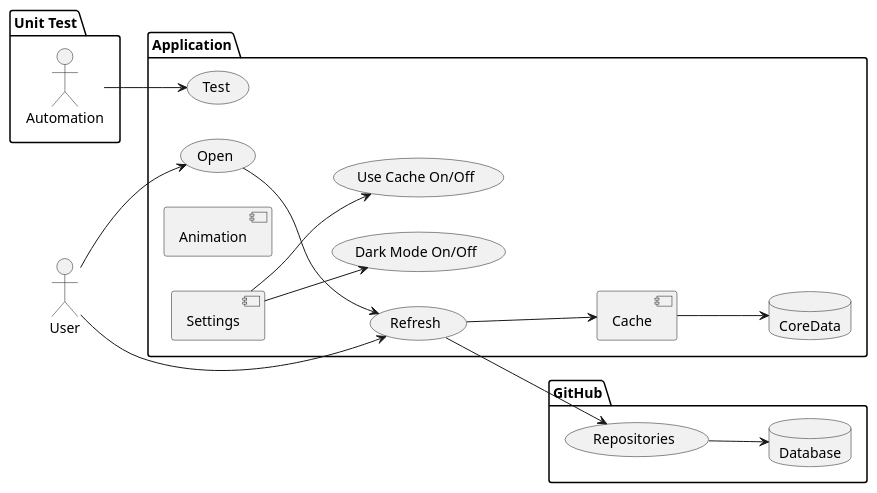
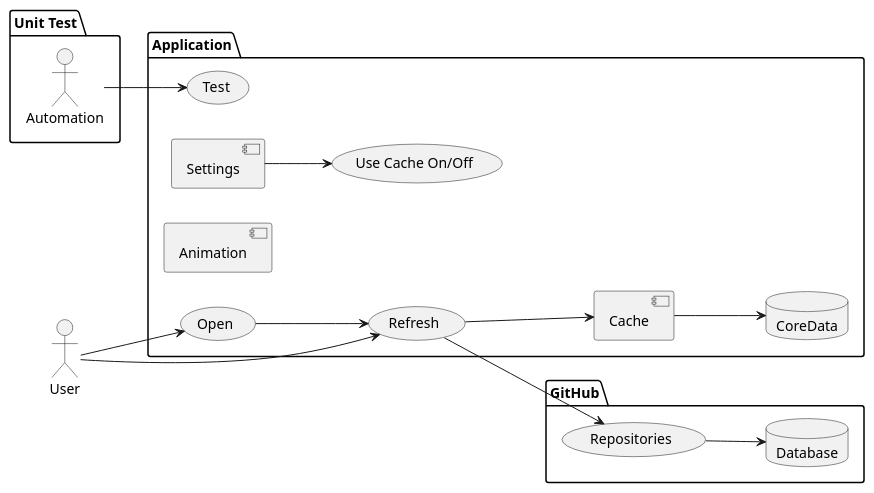
Before and after one commit to southfox/SwiftUIGitHubClient: the first of 3 diagrams in README.md, drawn with PlantUML. The commit also changed other lines of this file and 11 other files, not shown here.

````diff
--- a/README.md
+++ b/README.md
@@ -57,35 +57,33 @@
 ```plantuml
 @startuml
 left to right direction
 actor User as u
 package "Unit Test" {
   actor "Automation" as fc
 }
 package Application {
   usecase "Open" as UC1
   usecase "Refresh" as UC2
   usecase "Test" as UC4
   database CoreData as CD
   component Cache
   component Animation
   component Settings
-  usecase "Dark Mode On/Off" as isDarkMode
   usecase "Use Cache On/Off" as isCacheMode
 }
 package GitHub {
   usecase "Repositories" as Rep
   database Database as DB
 }
 
 fc --> UC4
 u --> UC1
 UC1 --> UC2
 u --> UC2
 UC2 --> Rep
 UC2 --> Cache
 Rep --> DB
 Cache --> CD
-Settings --> isDarkMode
 Settings --> isCacheMode
 @enduml
 ```
````
